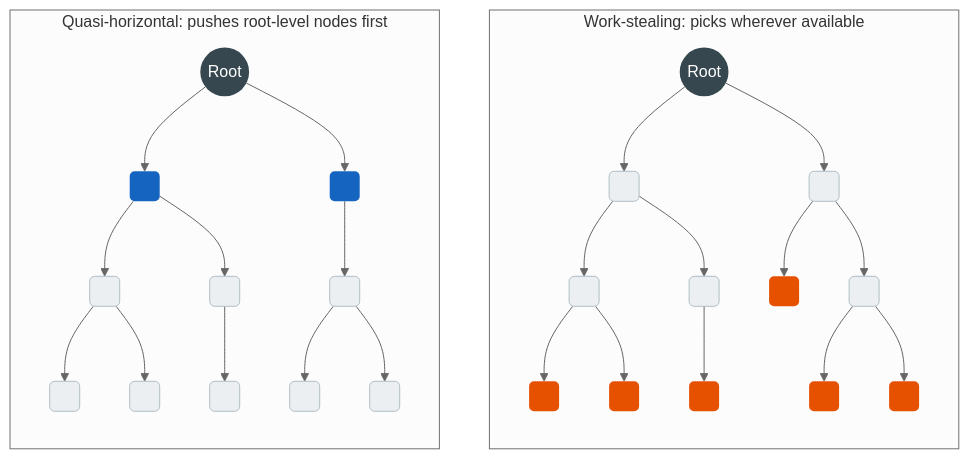
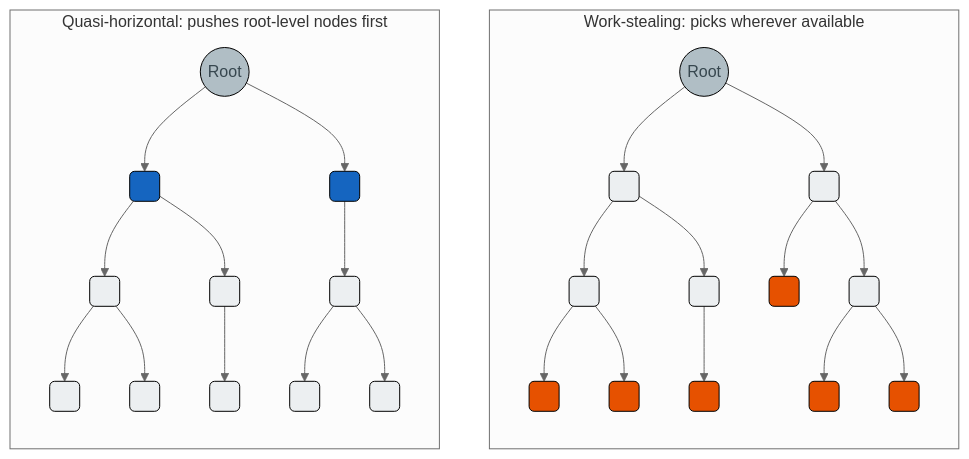
Before and after one commit to rapastranac/gempba-docs: the diagram in docs/reference/implementations/load-balancers/work-stealing.md, drawn with Mermaid (neutral theme). The commit also changed 1 other file, not shown here.

Commit message:
#8 Fixed colors in the mermaid diagrams

````diff
--- a/docs/reference/implementations/load-balancers/work-stealing.md
+++ b/docs/reference/implementations/load-balancers/work-stealing.md
@@ -27,40 +27,40 @@
 ```mermaid
 flowchart TD
     subgraph ws["Work-stealing: picks wherever available"]
         direction TB
         WR(("Root")):::rootws
         WR --> WA(" "):::nodews
         WR --> WB(" "):::nodews
         WA --> WA1(" "):::nodews
         WA --> WA2(" "):::nodews
         WA1 --> WA3(" "):::stolen
         WA1 --> WA4(" "):::stolen
         WA2 --> WA5(" "):::stolen
         WB --> WB1(" "):::stolen
         WB --> WB2(" "):::nodews
         WB2 --> WB3(" "):::stolen
         WB2 --> WB4(" "):::stolen
     end
 
     subgraph qh["Quasi-horizontal: pushes root-level nodes first"]
         direction TB
         QR(("Root")):::rootqh
         QR --> QA(" "):::pushed
         QR --> QB(" "):::pushed
         QA --> QA1(" "):::nodqh
         QA --> QA2(" "):::nodqh
         QA1 --> QA3(" "):::nodqh
         QA1 --> QA4(" "):::nodqh
         QA2 --> QA5(" "):::nodqh
         QB --> QB1(" "):::nodqh
         QB1 --> QB2(" "):::nodqh
         QB1 --> QB3(" "):::nodqh
     end
 
-    classDef rootqh  fill:#37474f,color:#fff,stroke:none
-    classDef rootws  fill:#37474f,color:#fff,stroke:none
-    classDef pushed  fill:#1565c0,color:#fff,stroke:none
-    classDef stolen  fill:#e65100,color:#fff,stroke:none
-    classDef nodqh   fill:#eceff1,color:#546e7a,stroke:#b0bec5
-    classDef nodews  fill:#eceff1,color:#546e7a,stroke:#b0bec5
+    classDef rootqh  fill:#b0bec5,color:#37474f,stroke:#000000
+    classDef rootws  fill:#b0bec5,color:#37474f,stroke:#000000
+    classDef pushed  fill:#1565c0,color:#fff,stroke:#000000
+    classDef stolen  fill:#e65100,color:#fff,stroke:#000000
+    classDef nodqh   fill:#eceff1,color:#546e7a,stroke:#000000
+    classDef nodews  fill:#eceff1,color:#546e7a,stroke:#000000
 ```
````
